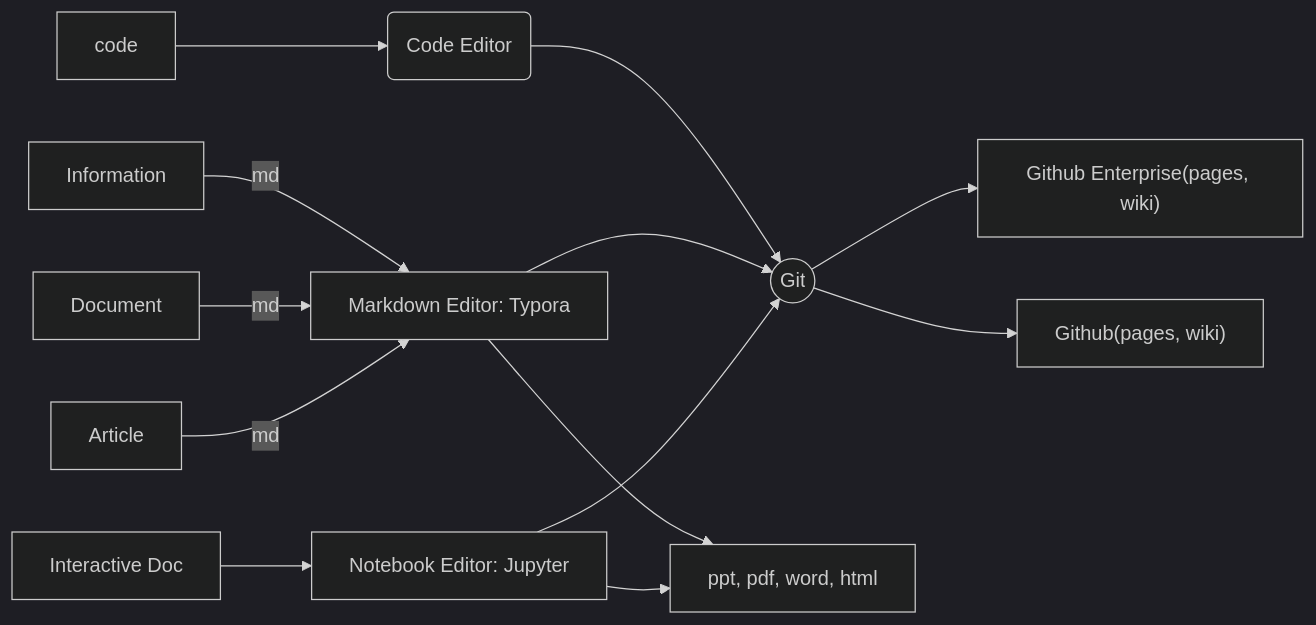
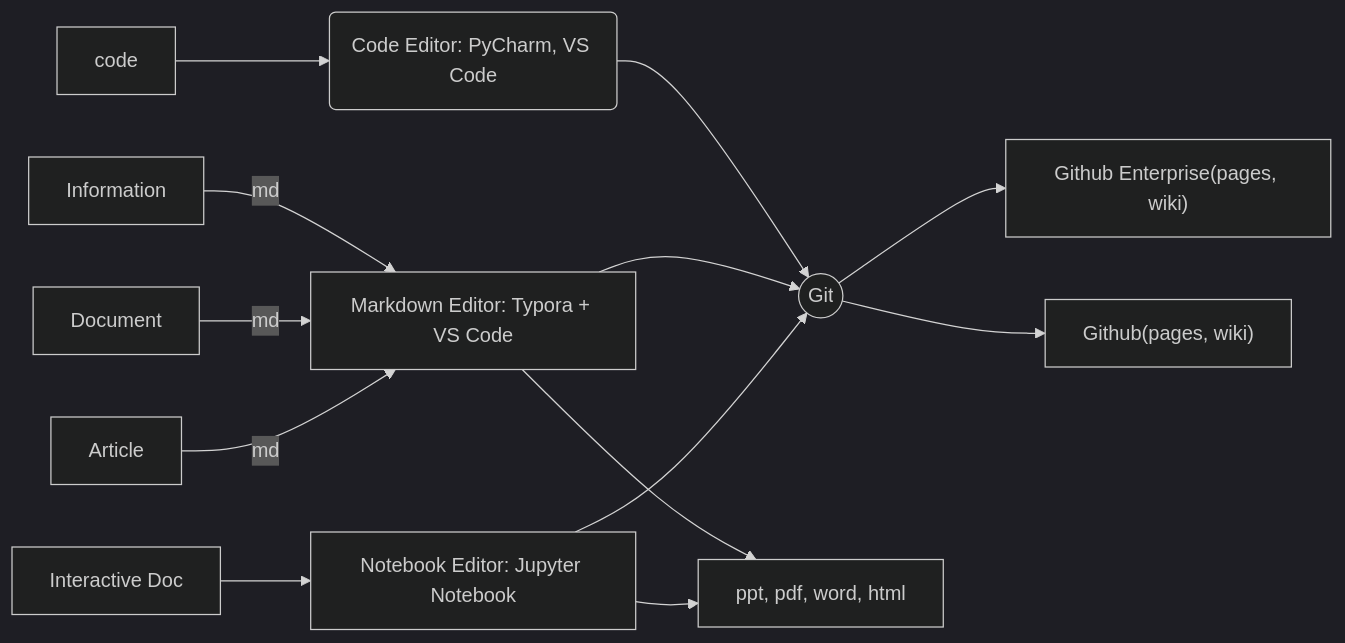
One commit to xuxiangwen/xuxiangwen.github.io changed the diagram in _notes/99-others/take_notes.md. Above: the diagram before and after it, drawn with Mermaid (dark theme). The commit also changed 27 other files, not shown here.

```diff
--- a/_notes/99-others/take_notes.md
+++ b/_notes/99-others/take_notes.md
@@ -117,15 +117,15 @@
 ~~~mermaid
 graph LR; 
     CE --> Git((Git));  
-    Information-->|md|MDE[Markdown Editor: Typora];   
+    Information-->|md|MDE[Markdown Editor: Typora + VS Code];   
     Document-->|md|MDE;
     Article-->|md|MDE;    
-    ID[Interactive Doc]-->NE[Notebook Editor: Jupyter];
-    code --> CE(Code Editor);  
+    ID[Interactive Doc]-->NE[Notebook Editor: Jupyter Notebook];
+    code --> CE(Code Editor: PyCharm, VS Code);  
     MDE-->Others[ppt, pdf, word, html];
     NE-->Others;    
     MDE--> Git; 
     NE--> Git;
     Git-->GE["Github Enterprise(pages, wiki)"];
     Git-->GitHub["Github(pages, wiki)"];  
 ~~~
```
